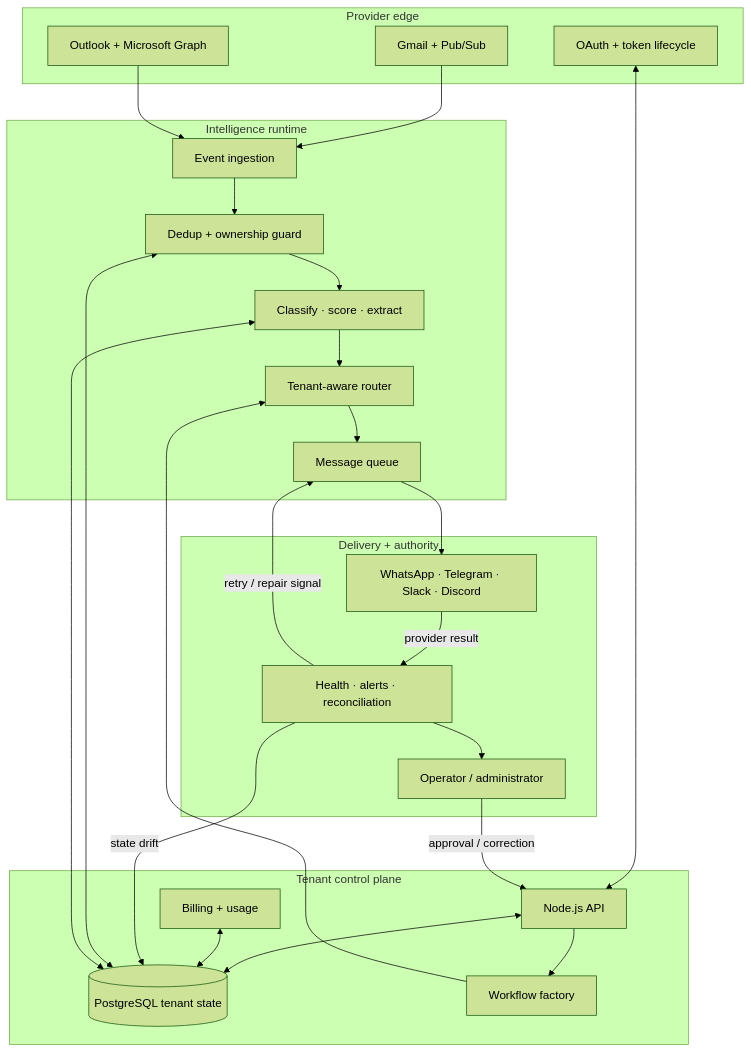
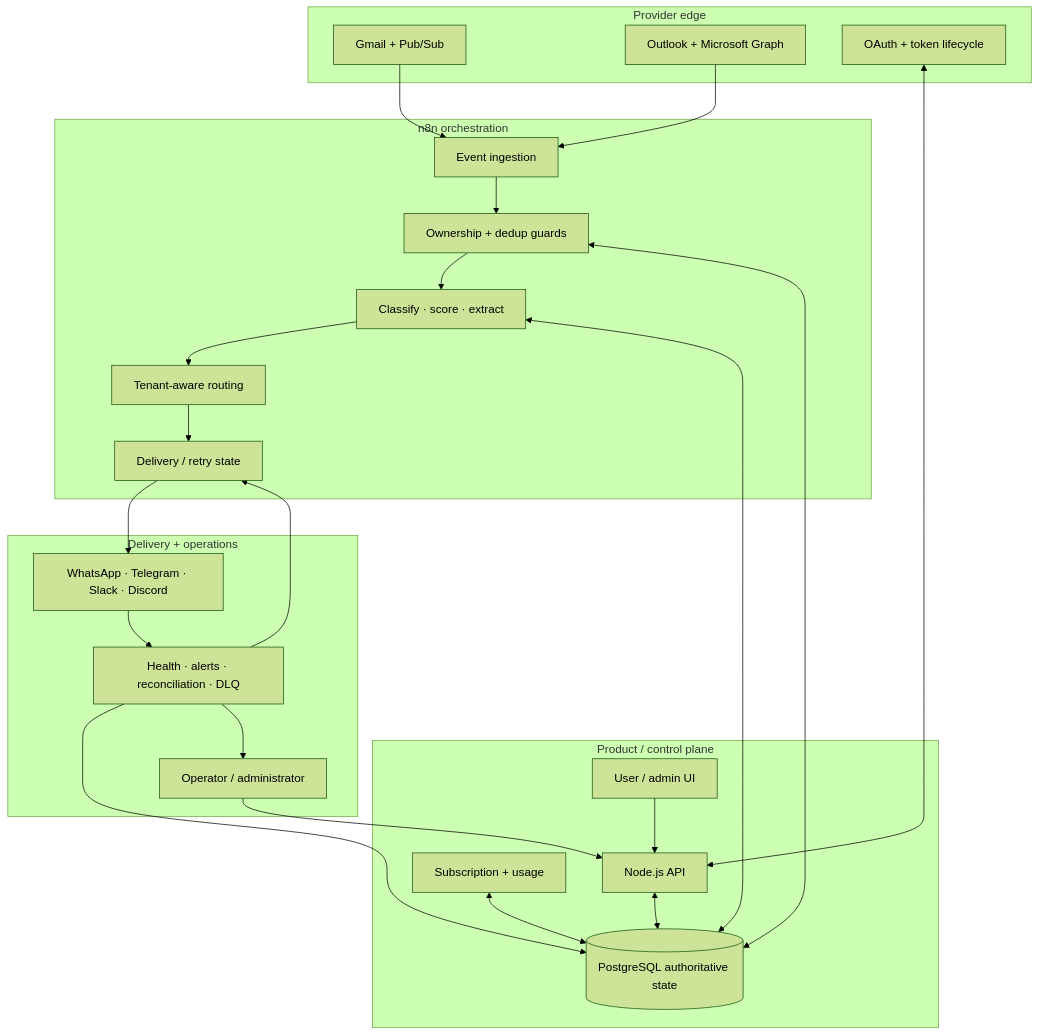
Before and after one commit to oyekola-ololade/Mail-IQ: the diagram in README.md, drawn with Mermaid (forest theme). The commit also changed other lines of this file, not shown here.

Commit message:
Align MailIQ README with current multi-generation evidence authority

````diff
--- a/README.md
+++ b/README.md
@@ -43,45 +29,44 @@
 ```mermaid
 flowchart TB
     subgraph Providers["Provider edge"]
       Gmail["Gmail + Pub/Sub"]
       Outlook["Outlook + Microsoft Graph"]
       OAuth["OAuth + token lifecycle"]
     end
 
-    subgraph Control["Tenant control plane"]
+    subgraph Product["Product / control plane"]
+      UI["User / admin UI"]
       API["Node.js API"]
-      State[("PostgreSQL tenant state")]
-      Factory["Workflow factory"]
-      Billing["Billing + usage"]
+      State[("PostgreSQL authoritative state")]
+      Billing["Subscription + usage"]
     end
 
-    subgraph Runtime["Intelligence runtime"]
+    subgraph Runtime["n8n orchestration"]
       Ingest["Event ingestion"]
-      Guard["Dedup + ownership guard"]
+      Guard["Ownership + dedup guards"]
       Classify["Classify · score · extract"]
-      Route["Tenant-aware router"]
-      Queue["Message queue"]
+      Route["Tenant-aware routing"]
+      Queue["Delivery / retry state"]
     end
 
-    subgraph Channels["Delivery + authority"]
-      Delivery["WhatsApp · Telegram · Slack · Discord"]
+    subgraph Destinations["Delivery + operations"]
+      Channels["WhatsApp · Telegram · Slack · Discord"]
+      Observe["Health · alerts · reconciliation · DLQ"]
       Operator["Operator / administrator"]
-      Observe["Health · alerts · reconciliation"]
     end
 
     Gmail --> Ingest
     Outlook --> Ingest
     OAuth <--> API
+    UI --> API
     API <--> State
-    API --> Factory
     Billing <--> State
-    Factory --> Route
-    Ingest --> Guard --> Classify --> Route --> Queue --> Delivery
+    Ingest --> Guard --> Classify --> Route --> Queue --> Channels
     State <--> Guard
     State <--> Classify
-    Delivery -->|provider result| Observe
-    Observe -->|retry / repair signal| Queue
-    Observe -->|state drift| State
-    Operator -->|approval / correction| API
+    Channels --> Observe
+    Observe --> Queue
+    Observe --> State
     Observe --> Operator
+    Operator --> API
 ```
````
